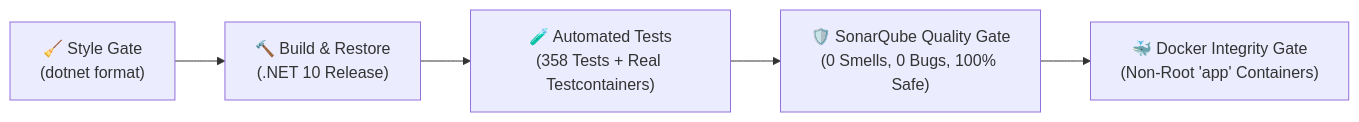
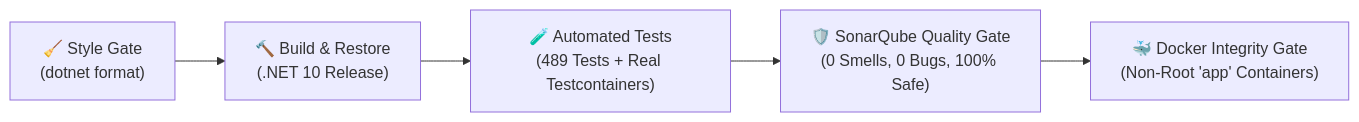
One commit to enesonmez/shuffleseries_microservices changed the third of 3 diagrams in README.md. Above: the diagram before and after it, drawn with Mermaid. The commit also changed other lines of this file and 116 other files, not shown here.

First line of the commit message:
feat(catalog): implement full DDD domain model, multi-language support and database schema (Task 3.1)

````diff
--- a/README.md
+++ b/README.md
@@ -393,7 +423,7 @@
 ```mermaid
 flowchart LR
     A["🧹 Style Gate\n(dotnet format)"] --> B["🔨 Build & Restore\n(.NET 10 Release)"]
-    B --> C["🧪 Automated Tests\n(358 Tests + Real Testcontainers)"]
+    B --> C["🧪 Automated Tests\n(489 Tests + Real Testcontainers)"]
     D --> E["🐳 Docker Integrity Gate\n(Non-Root 'app' Containers)"]
     C --> D["🛡️ SonarQube Quality Gate\n(0 Smells, 0 Bugs, 100% Safe)"]
 ```
````
